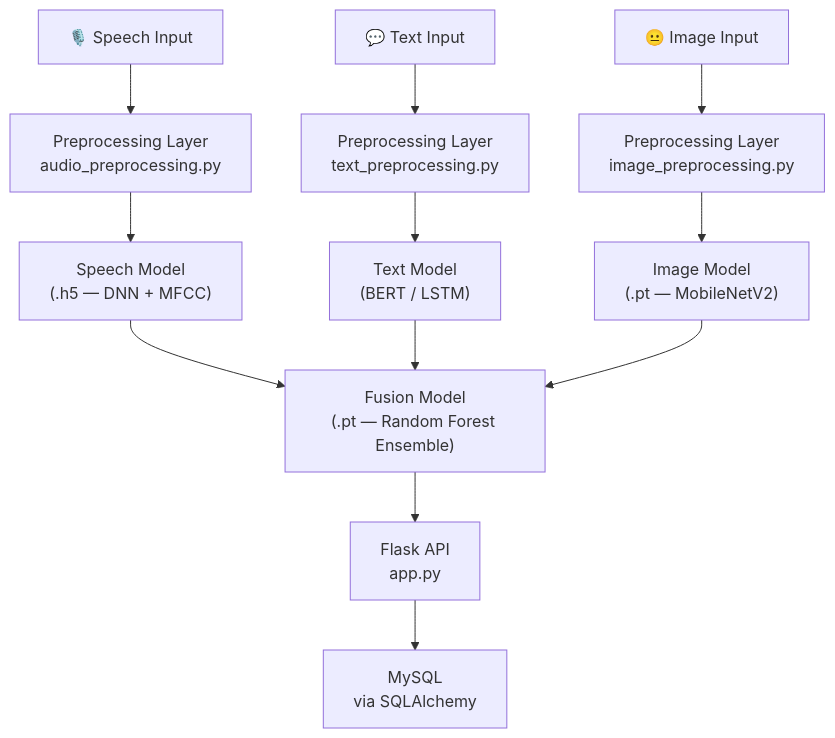
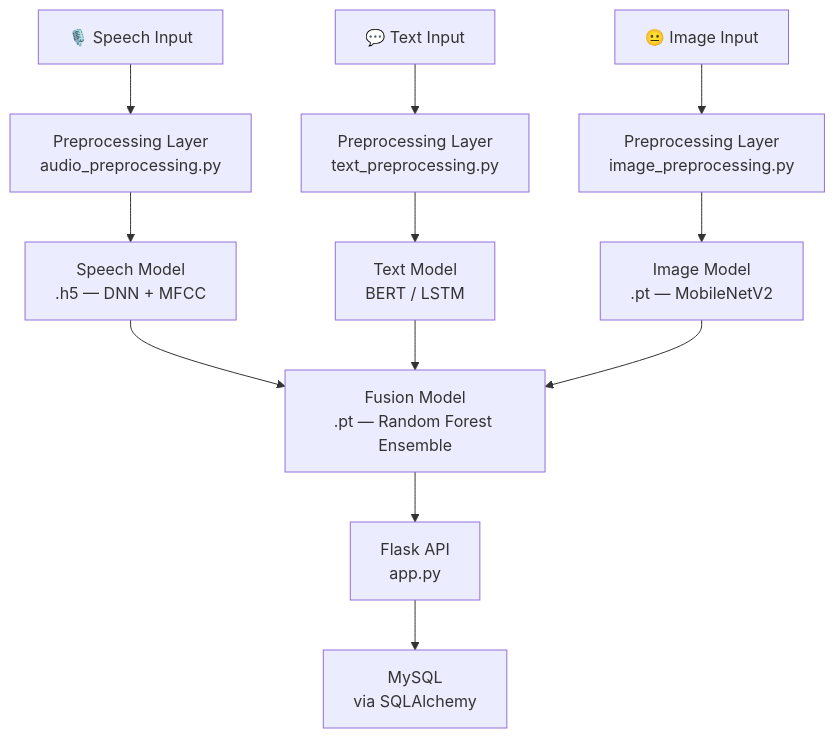
One commit to RachaCodez/multimodal-emotion-classification changed the diagram in README.md. Above: the diagram before and after it, drawn with Mermaid.

Commit message:
Fix Mermaid diagram line breaks

````diff
--- a/README.md
+++ b/README.md
@@ -23,17 +23,17 @@
 ```mermaid
 flowchart TD
-    A["🎙️ Speech Input"] --> P["Preprocessing Layer\naudio_preprocessing.py"]
-    B["💬 Text Input"] --> Q["Preprocessing Layer\ntext_preprocessing.py"]
-    C["😐 Image Input"] --> R["Preprocessing Layer\nimage_preprocessing.py"]
+    A["🎙️ Speech Input"] --> P["Preprocessing Layer<br/>audio_preprocessing.py"]
+    B["💬 Text Input"] --> Q["Preprocessing Layer<br/>text_preprocessing.py"]
+    C["😐 Image Input"] --> R["Preprocessing Layer<br/>image_preprocessing.py"]
 
-    P --> SM["Speech Model\n(.h5 — DNN + MFCC)"]
-    Q --> TM["Text Model\n(BERT / LSTM)"]
-    R --> IM["Image Model\n(.pt — MobileNetV2)"]
+    P --> SM["Speech Model<br/>.h5 — DNN + MFCC"]
+    Q --> TM["Text Model<br/>BERT / LSTM"]
+    R --> IM["Image Model<br/>.pt — MobileNetV2"]
 
-    SM --> FM["Fusion Model\n(.pt — Random Forest Ensemble)"]
+    SM --> FM["Fusion Model<br/>.pt — Random Forest Ensemble"]
     TM --> FM
     IM --> FM
 
-    FM --> API["Flask API\napp.py"]
-    API --> DB["MySQL\nvia SQLAlchemy"]
+    FM --> API["Flask API<br/>app.py"]
+    API --> DB["MySQL<br/>via SQLAlchemy"]
 ```
````
